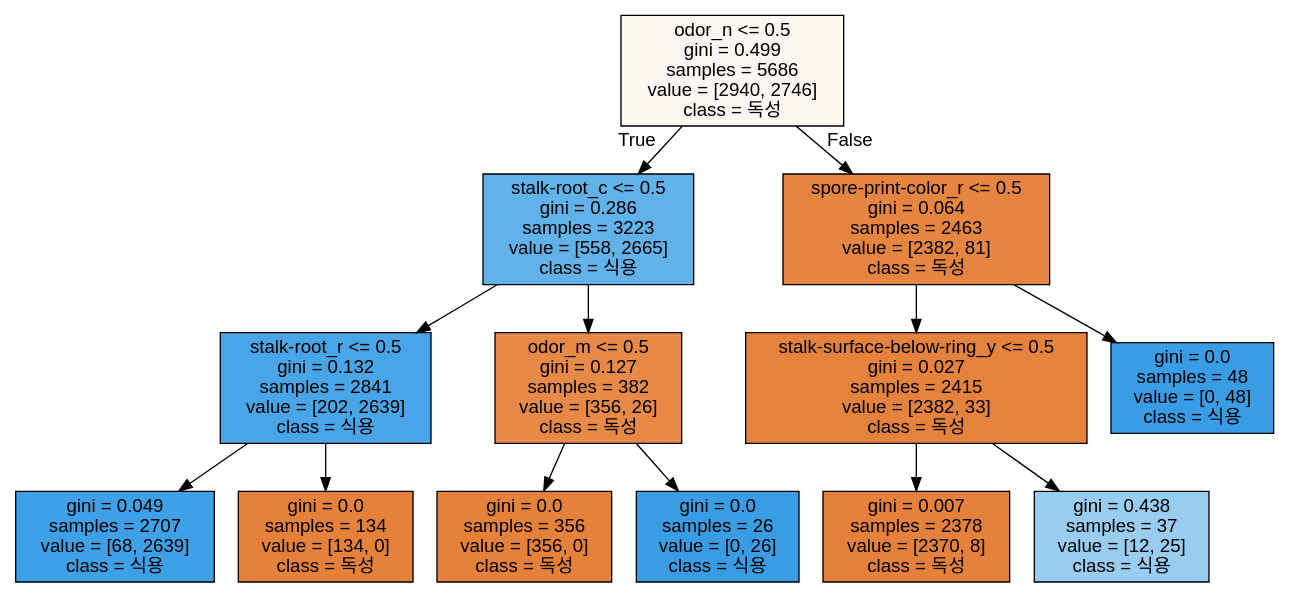
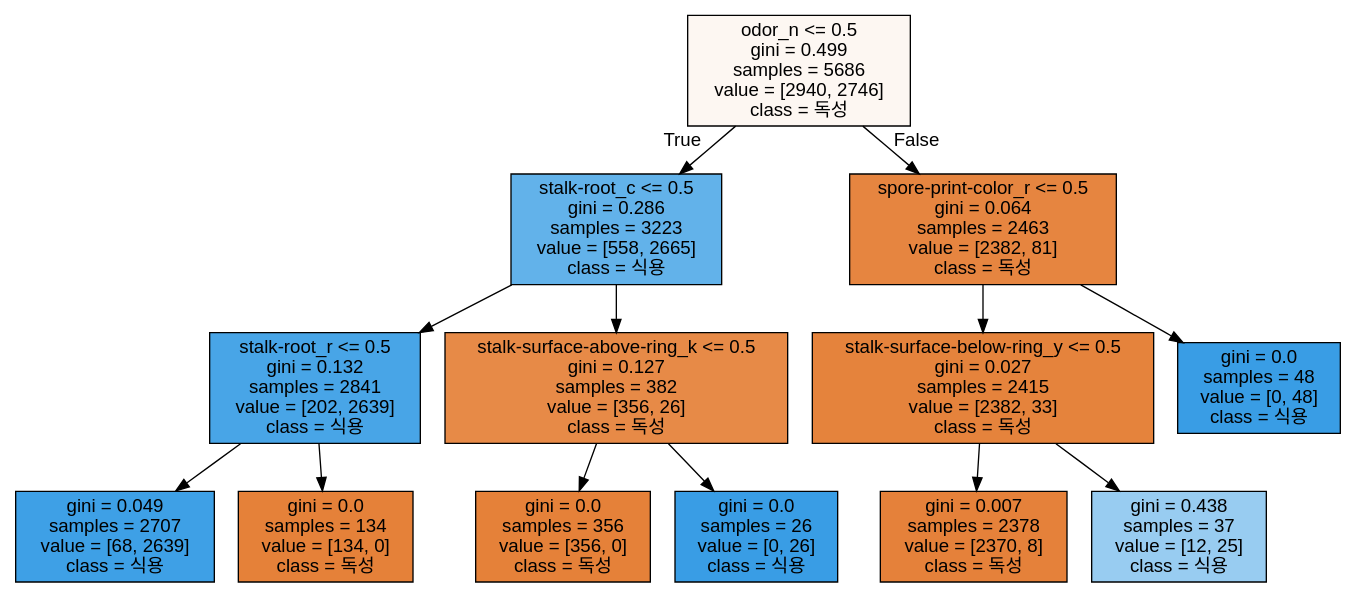
Before and after one commit to hongjinkong/study: the diagram in machine learning/data/tree2.dot, drawn with Graphviz. The commit also changed 13 other files, not shown here.

```diff
--- a/machine learning/data/tree2.dot
+++ b/machine learning/data/tree2.dot
@@ -1,29 +1,29 @@
 digraph Tree {
 node [shape=box, style="filled", color="black", fontname="helvetica"] ;
 edge [fontname="helvetica"] ;
 0 [label="odor_n <= 0.5\ngini = 0.499\nsamples = 5686\nvalue = [2940, 2746]\nclass = 독성", fillcolor="#fdf7f2"] ;
 1 [label="stalk-root_c <= 0.5\ngini = 0.286\nsamples = 3223\nvalue = [558, 2665]\nclass = 식용", fillcolor="#62b2ea"] ;
 0 -> 1 [labeldistance=2.5, labelangle=45, headlabel="True"] ;
 2 [label="stalk-root_r <= 0.5\ngini = 0.132\nsamples = 2841\nvalue = [202, 2639]\nclass = 식용", fillcolor="#48a5e7"] ;
 1 -> 2 ;
 3 [label="gini = 0.049\nsamples = 2707\nvalue = [68, 2639]\nclass = 식용", fillcolor="#3ea0e6"] ;
 2 -> 3 ;
 4 [label="gini = 0.0\nsamples = 134\nvalue = [134, 0]\nclass = 독성", fillcolor="#e58139"] ;
 2 -> 4 ;
-5 [label="odor_m <= 0.5\ngini = 0.127\nsamples = 382\nvalue = [356, 26]\nclass = 독성", fillcolor="#e78a47"] ;
+5 [label="stalk-surface-above-ring_k <= 0.5\ngini = 0.127\nsamples = 382\nvalue = [356, 26]\nclass = 독성", fillcolor="#e78a47"] ;
 1 -> 5 ;
 6 [label="gini = 0.0\nsamples = 356\nvalue = [356, 0]\nclass = 독성", fillcolor="#e58139"] ;
 5 -> 6 ;
 7 [label="gini = 0.0\nsamples = 26\nvalue = [0, 26]\nclass = 식용", fillcolor="#399de5"] ;
 5 -> 7 ;
 8 [label="spore-print-color_r <= 0.5\ngini = 0.064\nsamples = 2463\nvalue = [2382, 81]\nclass = 독성", fillcolor="#e68540"] ;
 0 -> 8 [labeldistance=2.5, labelangle=-45, headlabel="False"] ;
 9 [label="stalk-surface-below-ring_y <= 0.5\ngini = 0.027\nsamples = 2415\nvalue = [2382, 33]\nclass = 독성", fillcolor="#e5833c"] ;
 8 -> 9 ;
 10 [label="gini = 0.007\nsamples = 2378\nvalue = [2370, 8]\nclass = 독성", fillcolor="#e5813a"] ;
 9 -> 10 ;
 11 [label="gini = 0.438\nsamples = 37\nvalue = [12, 25]\nclass = 식용", fillcolor="#98ccf1"] ;
 9 -> 11 ;
 12 [label="gini = 0.0\nsamples = 48\nvalue = [0, 48]\nclass = 식용", fillcolor="#399de5"] ;
 8 -> 12 ;
 }
```
